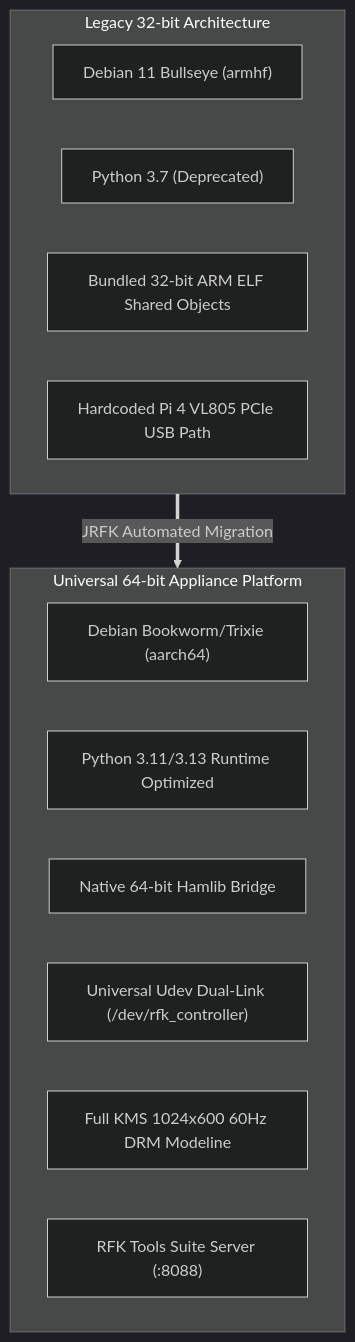
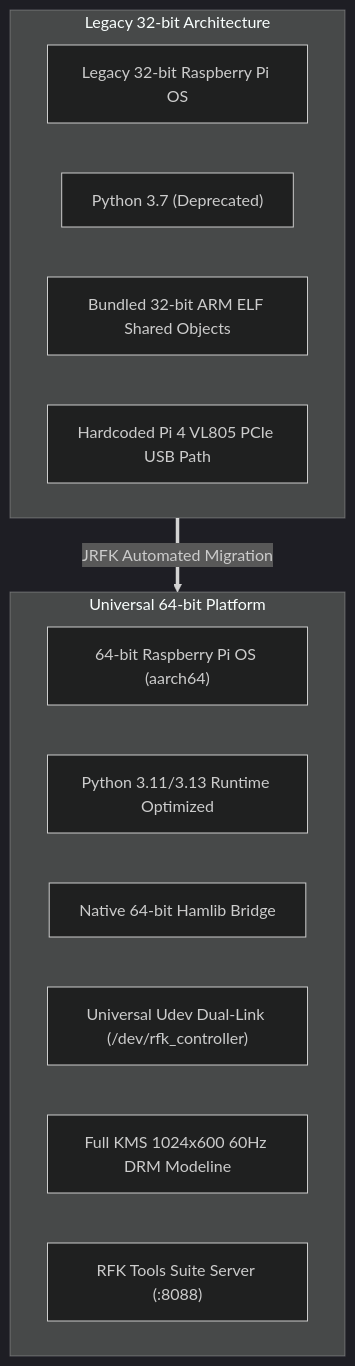
Before and after one commit to jbirdlebough1/JRFKTools: the diagram in README.md, drawn with Mermaid (dark theme). The commit also changed other lines of this file, not shown here.

````diff
--- a/README.md
+++ b/README.md
@@ -84,18 +96,18 @@
 ```mermaid
 flowchart TD
     subgraph Legacy ["Legacy 32-bit Architecture"]
-        A1["Debian 11 Bullseye (armhf)"]
+        A1["Legacy 32-bit Raspberry Pi OS"]
         A2["Python 3.7 (Deprecated)"]
         A3["Bundled 32-bit ARM ELF Shared Objects"]
         A4["Hardcoded Pi 4 VL805 PCIe USB Path"]
     end
-    subgraph Target ["Universal 64-bit Appliance Platform"]
-        B1["Debian Bookworm/Trixie (aarch64)"]
+    subgraph Target ["Universal 64-bit Platform"]
+        B1["64-bit Raspberry Pi OS (aarch64)"]
         B2["Python 3.11/3.13 Runtime Optimized"]
         B3["Native 64-bit Hamlib Bridge"]
         B4["Universal Udev Dual-Link (/dev/rfk_controller)"]
         B5["Full KMS 1024x600 60Hz DRM Modeline"]
         B6["RFK Tools Suite Server (:8088)"]
     end
     Legacy ==>|"JRFK Automated Migration"| Target
 ```
````
